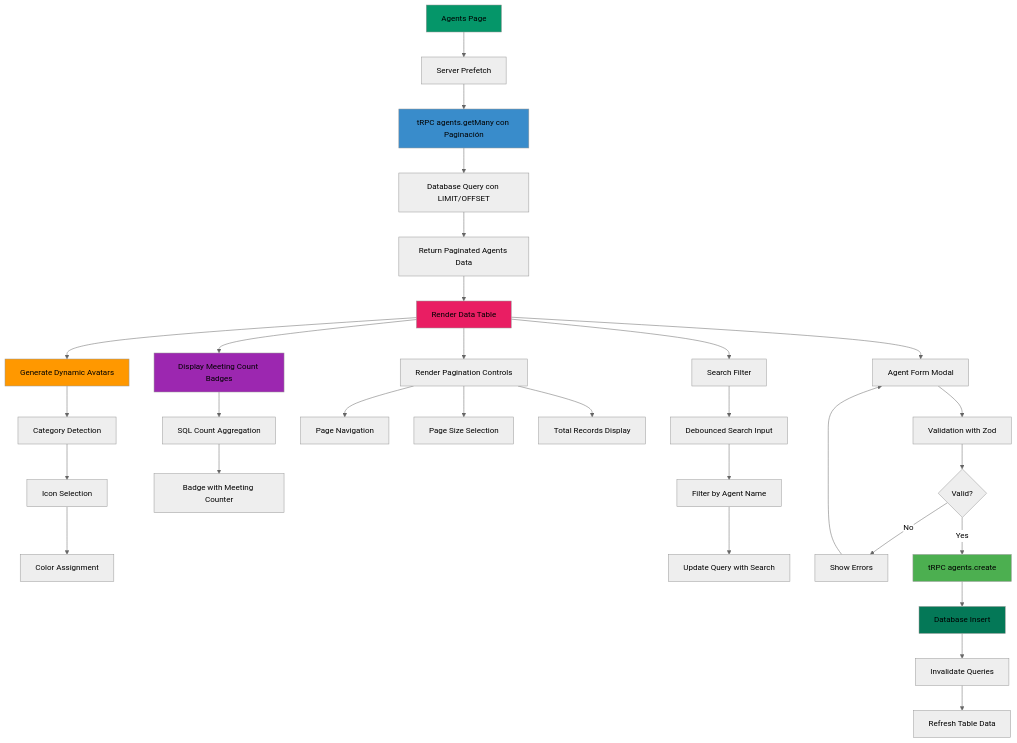
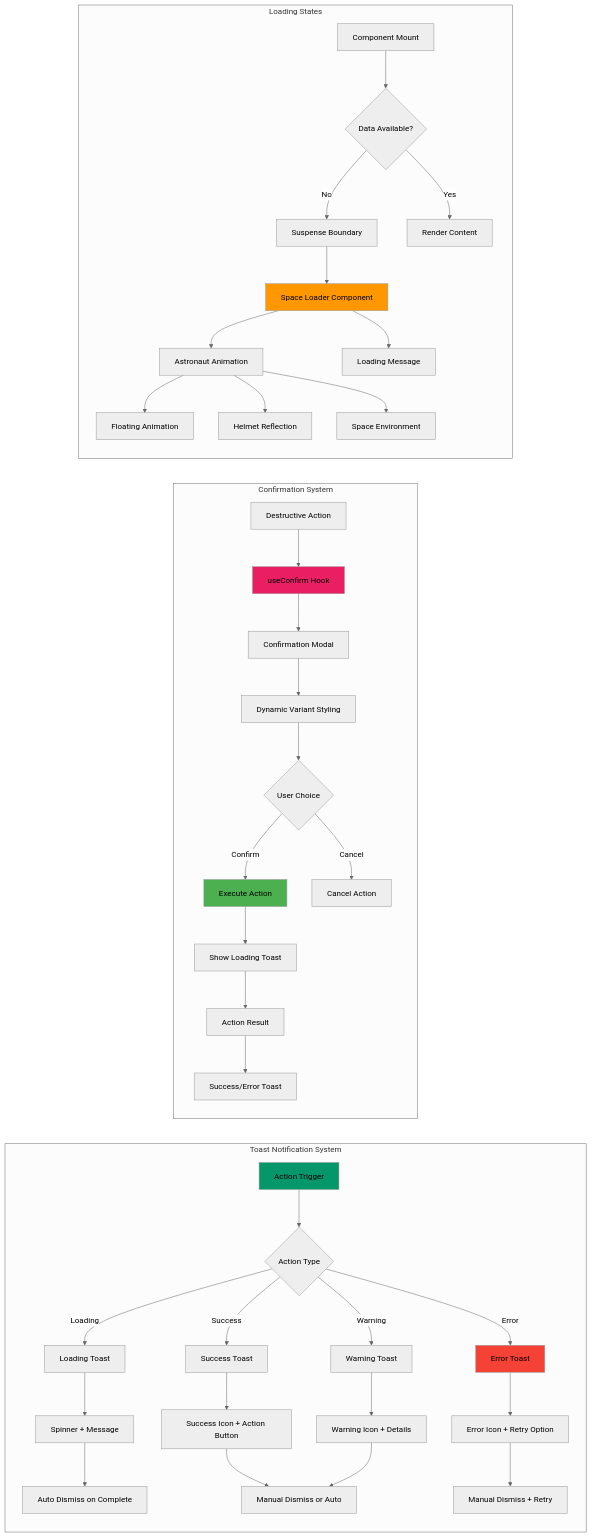
Before and after one commit to felipesanchez-dev/agentesia: the fourth of 14 diagrams in README.md, drawn with Mermaid (neutral theme). The commit also changed other lines of this file, not shown here.

Commit message:
Implement feature X to enhance user experience and fix bug Y in module Z

````diff
--- a/README.md
+++ b/README.md
@@ -317,48 +418,55 @@
 ```mermaid
-flowchart TD
-    A[Agents Page] --> B[Server Prefetch]
-    B --> C[tRPC agents.getMany con Paginación]
-    C --> D[Database Query con LIMIT/OFFSET]
-    D --> E[Return Paginated Agents Data]
+flowchart LR
+    subgraph "Toast Notification System"
+        A[Action Trigger] --> B{Action Type}
+        
+        B -->|Loading| C[Loading Toast]
+        B -->|Success| D[Success Toast]
+        B -->|Error| E[Error Toast]
+        B -->|Warning| F[Warning Toast]
 
-    E --> F[Render Data Table]
-    F --> G[Generate Dynamic Avatars]
-    F --> H[Display Meeting Count Badges]
-    F --> I[Render Pagination Controls]
+        C --> G[Spinner + Message]
+        D --> H[Success Icon + Action Button]
+        E --> I[Error Icon + Retry Option]
+        F --> J[Warning Icon + Details]
 
-    G --> J[Category Detection]
-    J --> K[Icon Selection]
-    K --> L[Color Assignment]
+        G --> K[Auto Dismiss on Complete]
+        H --> L[Manual Dismiss or Auto]
+        I --> M[Manual Dismiss + Retry]
+        J --> L
+    end
 
-    H --> M[SQL Count Aggregation]
-    M --> N[Badge with Meeting Counter]
+    subgraph "Confirmation System"
+        N[Destructive Action] --> O[useConfirm Hook]
+        O --> P[Confirmation Modal]
+        P --> Q[Dynamic Variant Styling]
+        
+        Q --> R{User Choice}
+        R -->|Confirm| S[Execute Action]
+        R -->|Cancel| T[Cancel Action]
+        
+        S --> U[Show Loading Toast]
+        U --> V[Action Result]
+        V --> W[Success/Error Toast]
+    end
 
-    I --> O[Page Navigation]
-    I --> P[Page Size Selection]
-    I --> Q[Total Records Display]
-
-    F --> R[Search Filter]
-    R --> S[Debounced Search Input]
-    S --> T[Filter by Agent Name]
-    T --> U[Update Query with Search]
-
-    F --> V[Agent Form Modal]
-    V --> W[Validation with Zod]
-    W --> X{Valid?}
-    X -->|No| Y[Show Errors]
-    X -->|Yes| Z[tRPC agents.create]
-
-    Z --> AA[Database Insert]
-    AA --> BB[Invalidate Queries]
-    BB --> CC[Refresh Table Data]
-
-    Y --> V
+    subgraph "Loading States"
+        X[Component Mount] --> Y{Data Available?}
+        Y -->|No| Z[Suspense Boundary]
+        Y -->|Yes| AA[Render Content]
+        
+        Z --> BB[Space Loader Component]
+        BB --> CC[Astronaut Animation]
+        BB --> DD[Loading Message]
+        
+        CC --> EE[Floating Animation]
+        CC --> FF[Helmet Reflection]
+        CC --> GG[Space Environment]
+    end
 
     style A fill:#059669
-    style C fill:#398CCB
-    style G fill:#ff9800
-    style H fill:#9c27b0
-    style Z fill:#4caf50
-    style AA fill:#047857
-    style F fill:#e91e63
+    style O fill:#e91e63
+    style BB fill:#ff9800
+    style S fill:#4caf50
+    style E fill:#f44336
 ```
````
